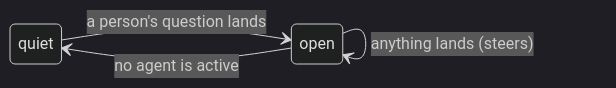
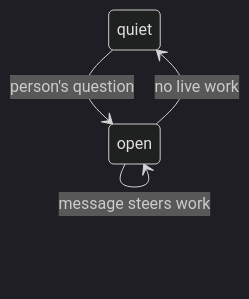
One commit to ambionframework/ambion changed the diagram in docs/exchange.md. Above: the diagram before and after it, drawn with Mermaid (dark theme). The commit also changed other lines of this file and 11 other files, not shown here.

````diff
--- a/docs/exchange.md
+++ b/docs/exchange.md
@@ -107,7 +46,6 @@
 ```mermaid
 stateDiagram-v2
-    direction LR
-    quiet --> open : a person's question lands
-    open --> open : anything lands (steers)
-    open --> quiet : no agent is active
+    quiet --> open : person's question
+    open --> open : message steers work
+    open --> quiet : no live work
 ```
````
